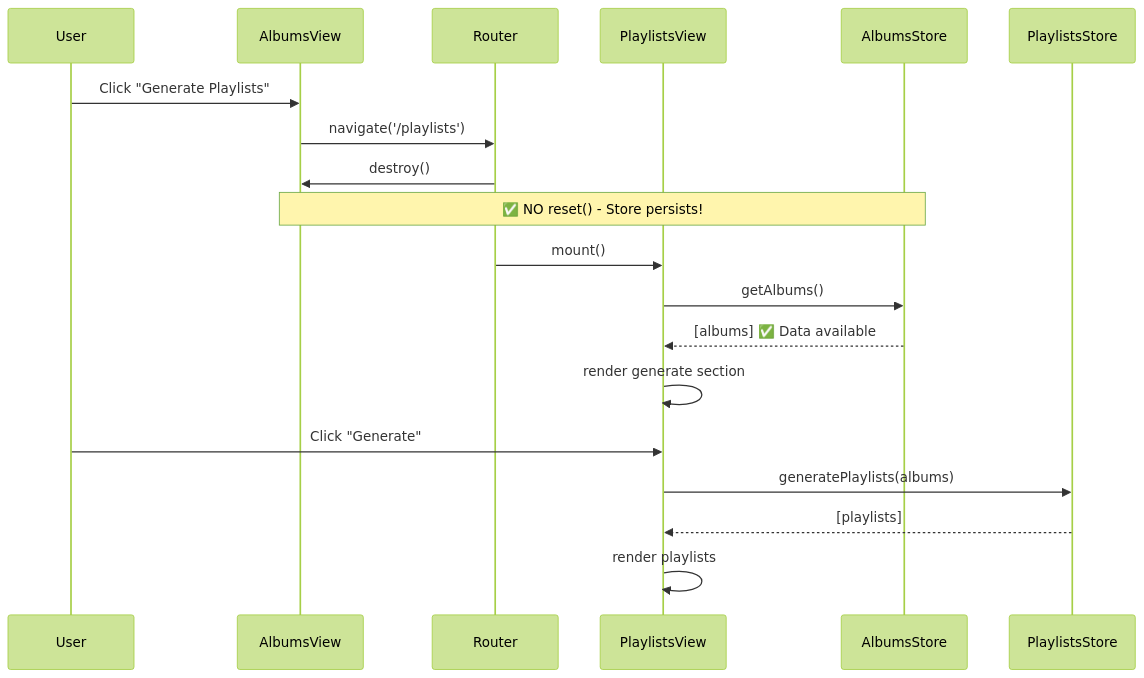
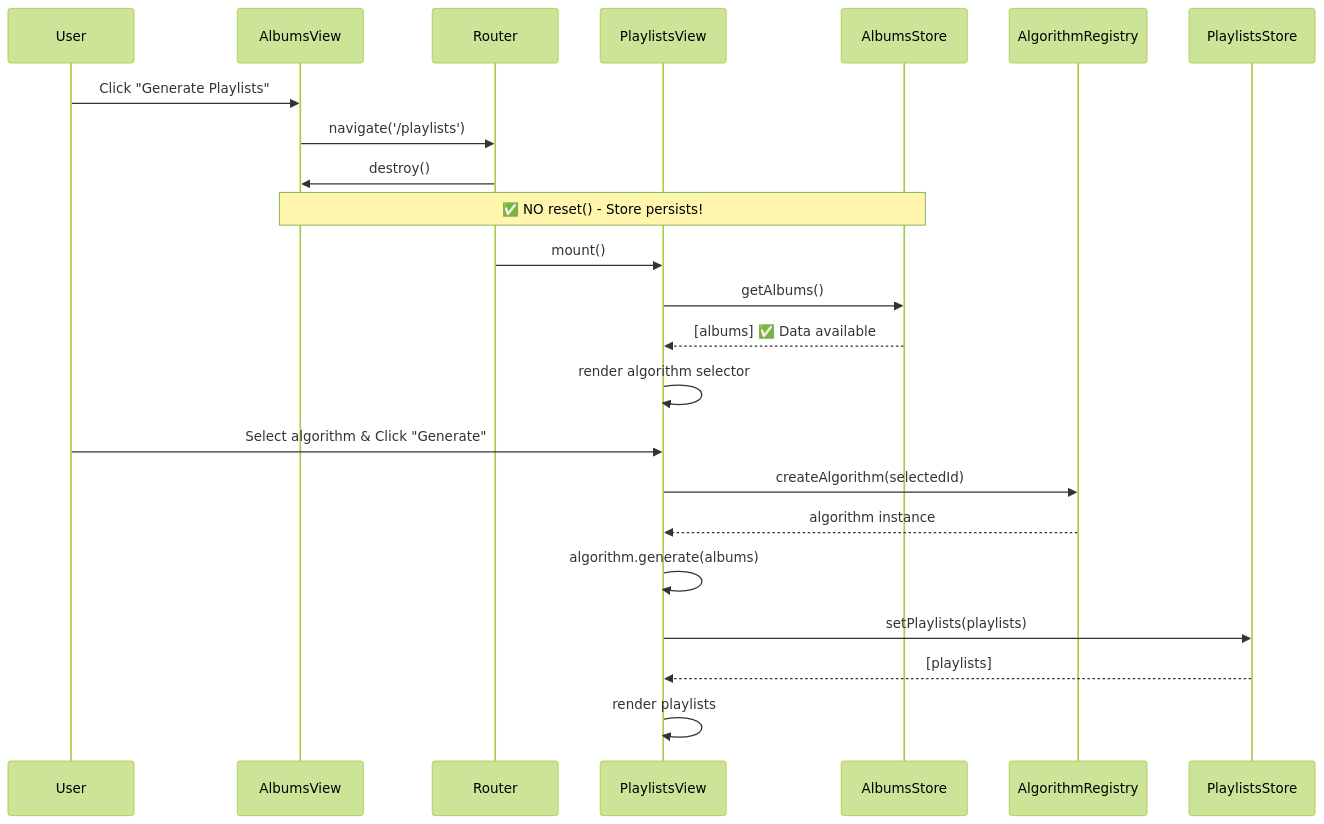
Before and after one commit to maujrp99/MJRP_AlbumsBalancedPlaylists_v0: the third of 6 diagrams in docs/technical/data_flow_architecture.md, drawn with Mermaid (forest theme). The commit also changed other lines of this file and 4 other files, not shown here.

````diff
--- a/docs/technical/data_flow_architecture.md
+++ b/docs/technical/data_flow_architecture.md
@@ -92,26 +96,30 @@
 ```mermaid
 sequenceDiagram
     participant User
     participant AlbumsView
     participant Router
     participant PlaylistsView
     participant AlbumsStore
+    participant AlgorithmRegistry
     participant PlaylistsStore
     
     User->>AlbumsView: Click "Generate Playlists"
     AlbumsView->>Router: navigate('/playlists')
     Router->>AlbumsView: destroy()
     
     Note over AlbumsView,AlbumsStore: ✅ NO reset() - Store persists!
     
     Router->>PlaylistsView: mount()
     PlaylistsView->>AlbumsStore: getAlbums()
     AlbumsStore-->>PlaylistsView: [albums] ✅ Data available
     
-    PlaylistsView->>PlaylistsView: render generate section
+    PlaylistsView->>PlaylistsView: render algorithm selector
     
-    User->>PlaylistsView: Click "Generate"
-    PlaylistsView->>PlaylistsStore: generatePlaylists(albums)
+    User->>PlaylistsView: Select algorithm & Click "Generate"
+    PlaylistsView->>AlgorithmRegistry: createAlgorithm(selectedId)
+    AlgorithmRegistry-->>PlaylistsView: algorithm instance
+    PlaylistsView->>PlaylistsView: algorithm.generate(albums)
+    PlaylistsView->>PlaylistsStore: setPlaylists(playlists)
     PlaylistsStore-->>PlaylistsView: [playlists]
     PlaylistsView->>PlaylistsView: render playlists
 ```
````
